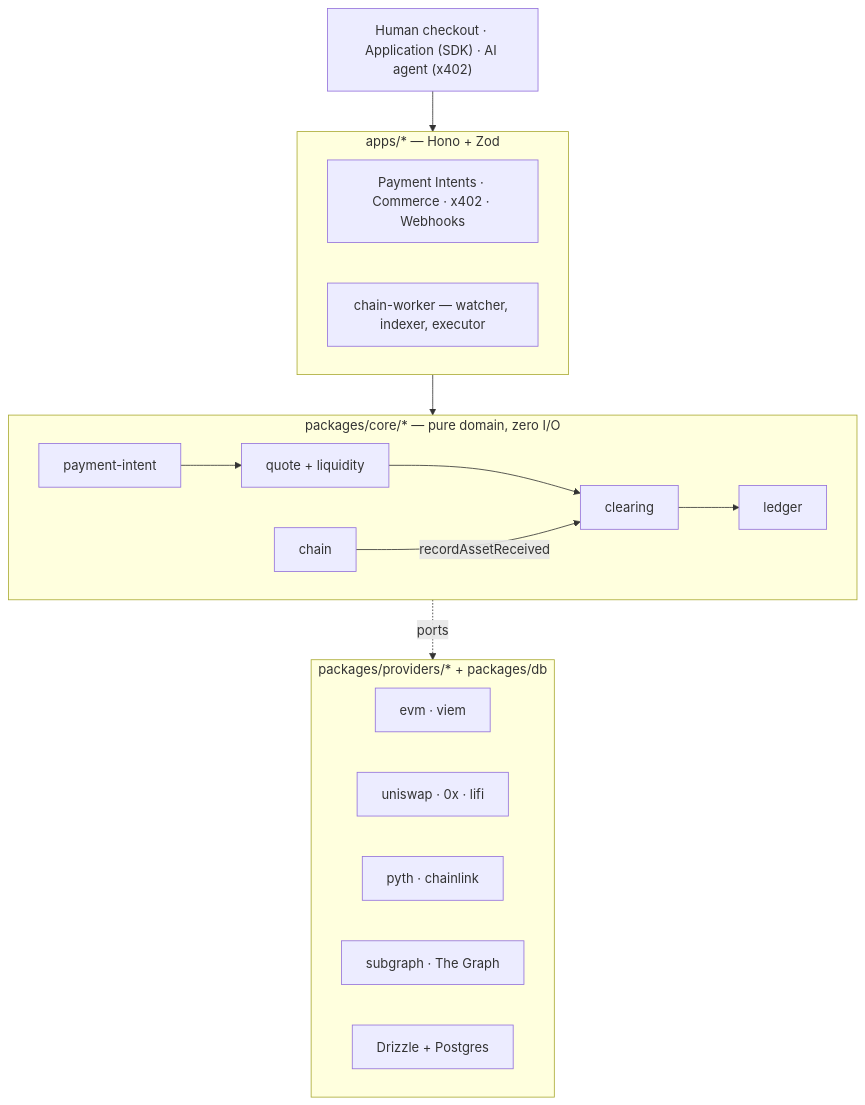
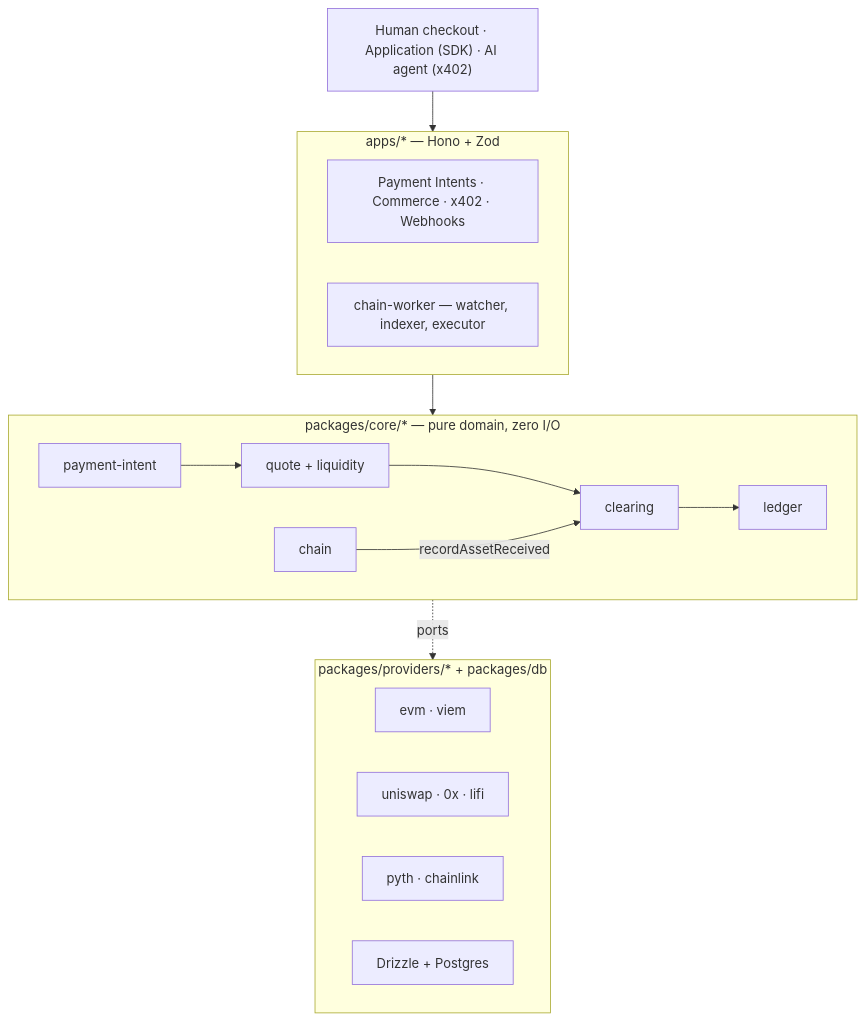
One commit to playriglabs/mayarin changed the diagram in README.md. Above: the diagram before and after it, drawn with Mermaid. The commit also changed other lines of this file and 56 other files, not shown here.

First line of the commit message:
refactor: remove the MCP server, rail standing and The Graph subgraph

````diff
--- a/README.md
+++ b/README.md
@@ -70,25 +70,24 @@
 ```mermaid
 flowchart TB
     Payer["Human checkout · Application (SDK) · AI agent (x402)"]
 
     subgraph Edge["apps/* — Hono + Zod"]
         API["Payment Intents · Commerce · x402 · Webhooks"]
         Worker["chain-worker — watcher, indexer, executor"]
     end
 
     subgraph Core["packages/core/* — pure domain, zero I/O"]
         Intent["payment-intent"] --> Quote["quote + liquidity"] --> Clearing["clearing"] --> Ledger["ledger"]
         Chain["chain"] -- recordAssetReceived --> Clearing
     end
 
     subgraph Adapters["packages/providers/* + packages/db"]
         EVM["evm · viem"]
         Swap["uniswap · 0x · lifi"]
         Oracle["pyth · chainlink"]
-        Graph["subgraph · The Graph"]
         DB["Drizzle + Postgres"]
     end
 
     Payer --> Edge --> Core
     Core -. ports .-> Adapters
 ```
````
